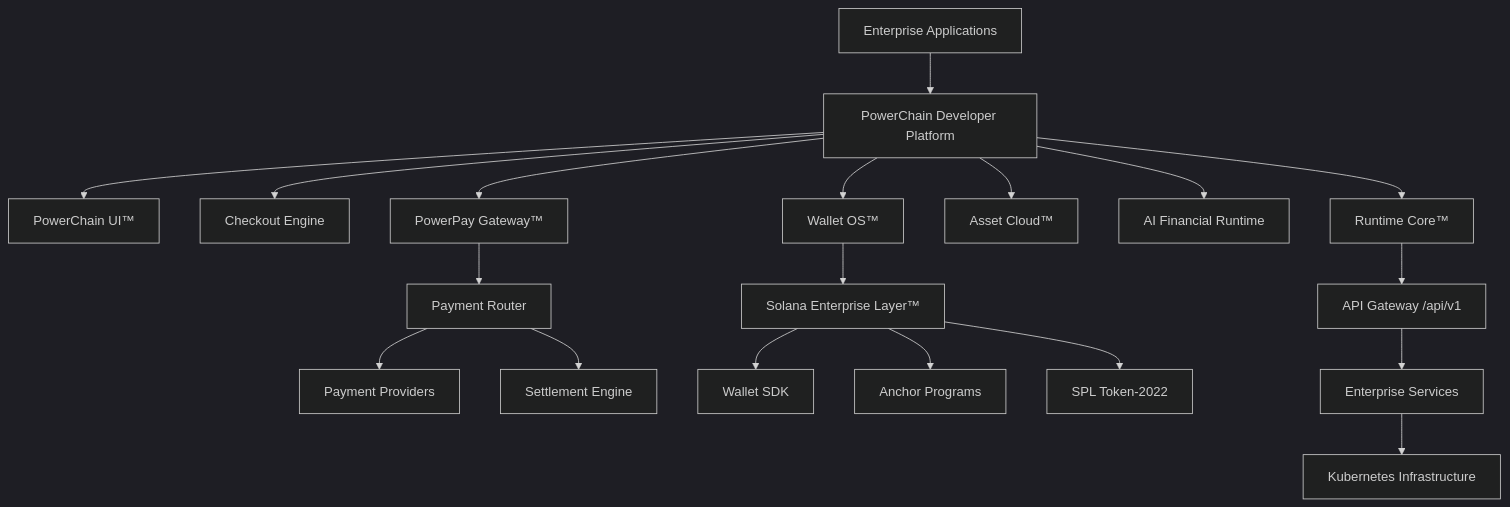
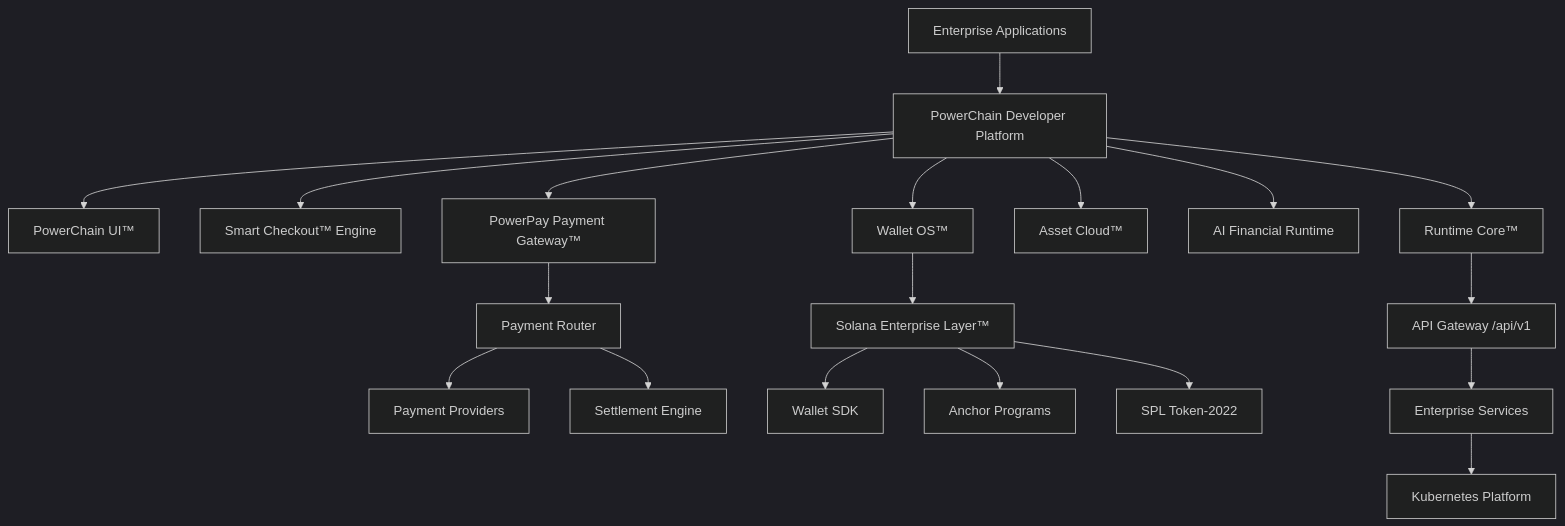
One commit to powerchain-protocol/checkout-sdk changed the diagram in packages/sdk/checkout/README.md. Above: the diagram before and after it, drawn with Mermaid (dark theme). The commit also changed other lines of this file, not shown here.

`````diff
--- a/packages/sdk/checkout/README.md
+++ b/packages/sdk/checkout/README.md
@@ -83,32 +108,32 @@
 ```mermaid
 flowchart TD
 
 A[Enterprise Applications]
 
 A --> B[PowerChain Developer Platform]
 
 B --> C[PowerChain UI™]
-B --> D[Checkout Engine]
-B --> E[PowerPay Gateway™]
+B --> D[Smart Checkout™ Engine]
+B --> E[PowerPay Payment Gateway™]
 B --> F[Wallet OS™]
 B --> G[Asset Cloud™]
 B --> H[AI Financial Runtime]
 
 E --> I[Payment Router]
 I --> J[Payment Providers]
 I --> K[Settlement Engine]
 
 F --> L[Solana Enterprise Layer™]
 
 L --> M[Wallet SDK]
 L --> N[Anchor Programs]
 L --> O[SPL Token-2022]
 
 B --> P[Runtime Core™]
 
 P --> Q[API Gateway /api/v1]
 
 Q --> R[Enterprise Services]
 
-R --> S[Kubernetes Infrastructure]
+R --> S[Kubernetes Platform]
 ````
`````
